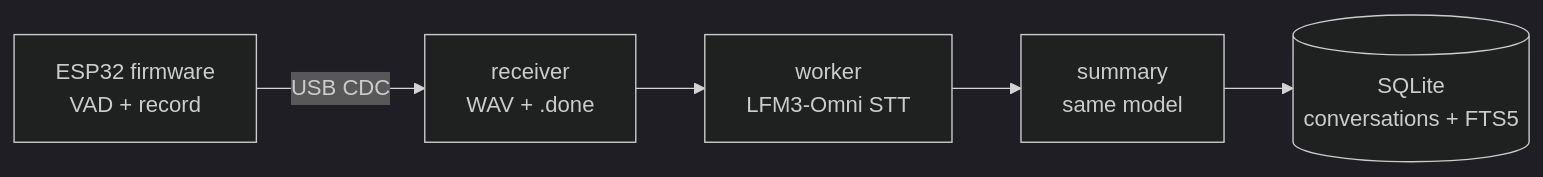
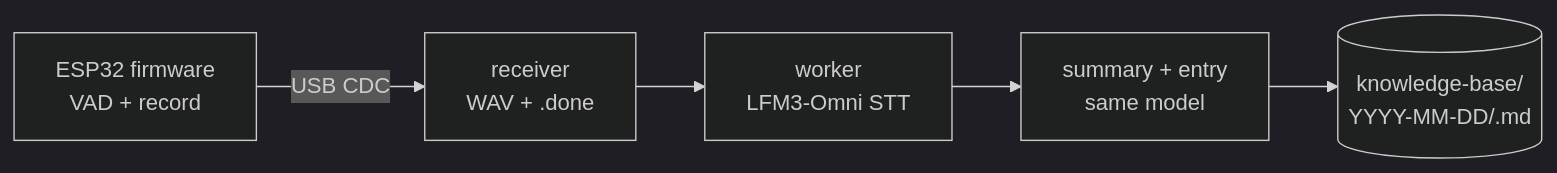
One commit to RakiDelmoro/repartee changed the diagram in README.md. Above: the diagram before and after it, drawn with Mermaid (dark theme). The commit also changed other lines of this file and 9 other files, not shown here.

First line of the commit message:
Store the knowledge base as Markdown files

````diff
--- a/README.md
+++ b/README.md
@@ -14,7 +16,7 @@
 ```mermaid
 flowchart LR
   F[ESP32 firmware<br/>VAD + record] -->|USB CDC| R[receiver<br/>WAV + .done]
   R --> W[worker<br/>LFM3-Omni STT]
-  W --> S[summary<br/>same model]
-  S --> DB[(SQLite<br/>conversations + FTS5)]
+  W --> S[summary + entry<br/>same model]
+  S --> KB[(knowledge-base/<br/>YYYY-MM-DD/<id>.md)]
 ```
````
